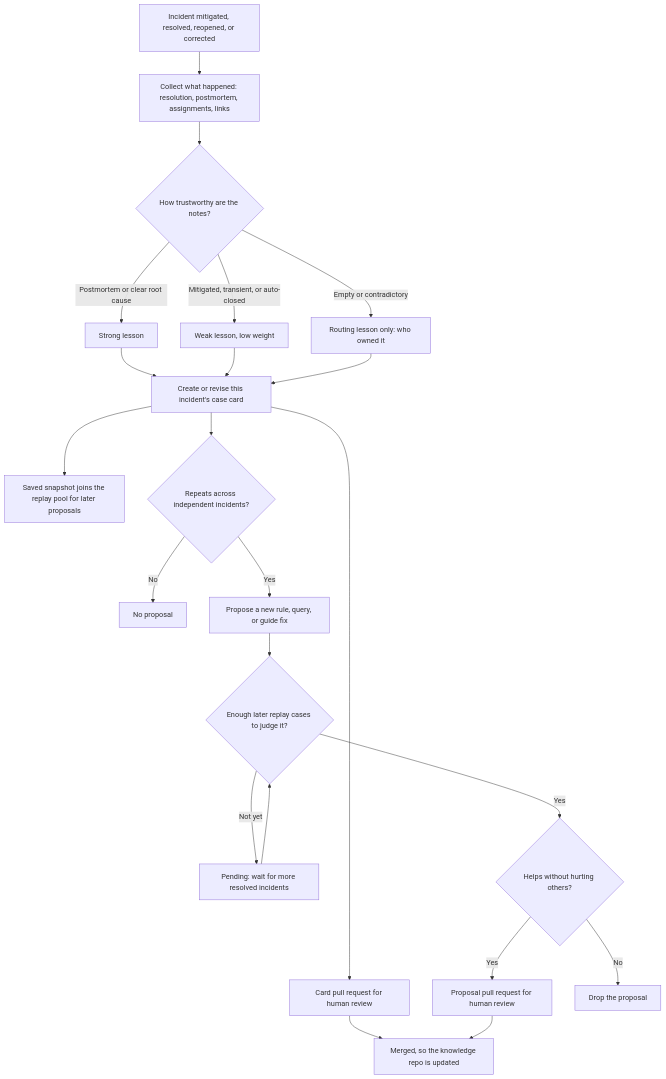
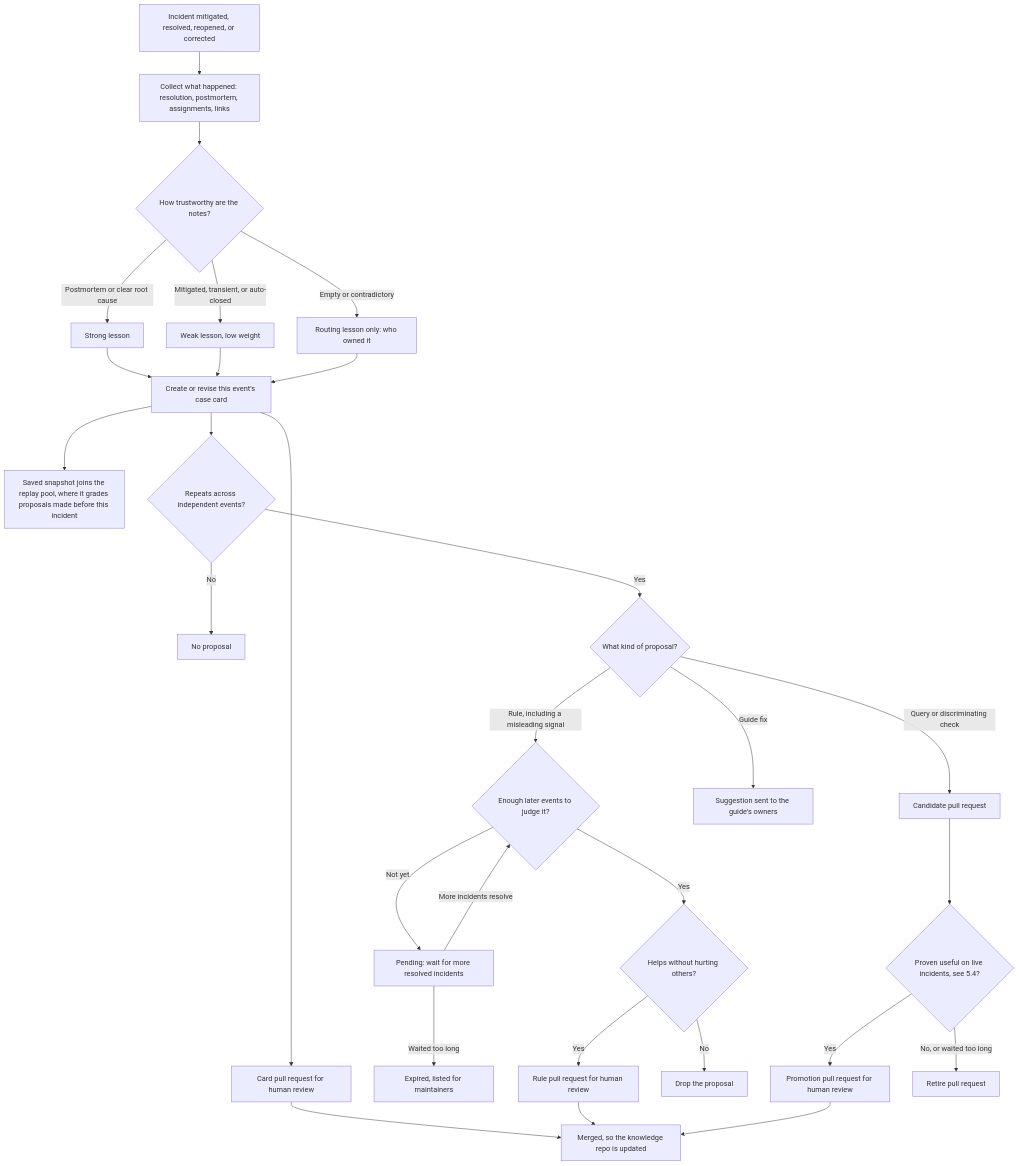
One commit to smisy/open-code-review changed the fourth of 7 diagrams in docs/design/icm-triage.md. Above: the diagram before and after it, drawn with Mermaid. The commit also changed other lines of this file, not shown here.

Commit message:
docs(design): tighten ICM triage learning gates and replay rules

````diff
--- a/docs/design/icm-triage.md
+++ b/docs/design/icm-triage.md
@@ -217,24 +217,31 @@
 ```mermaid
 flowchart TD
     A["Incident mitigated, resolved, reopened, or corrected"] --> B["Collect what happened: resolution, postmortem, assignments, links"]
     B --> C{"How trustworthy are the notes?"}
     C -- "Postmortem or clear root cause" --> D["Strong lesson"]
     C -- "Mitigated, transient, or auto-closed" --> E["Weak lesson, low weight"]
     C -- "Empty or contradictory" --> F["Routing lesson only: who owned it"]
-    D --> G["Create or revise this incident's case card"]
+    D --> G["Create or revise this event's case card"]
     E --> G
     F --> G
     G --> CP["Card pull request for human review"]
-    G --> J["Saved snapshot joins the replay pool for later proposals"]
-    G --> H{"Repeats across independent incidents?"}
+    G --> J["Saved snapshot joins the replay pool, where it grades proposals made before this incident"]
+    G --> H{"Repeats across independent events?"}
     H -- "No" --> X["No proposal"]
-    H -- "Yes" --> I["Propose a new rule, query, or guide fix"]
-    I --> K{"Enough later replay cases to judge it?"}
+    H -- "Yes" --> I{"What kind of proposal?"}
+    I -- "Rule, including a misleading signal" --> K{"Enough later events to judge it?"}
     K -- "Not yet" --> P["Pending: wait for more resolved incidents"]
-    P --> K
+    P -- "More incidents resolve" --> K
+    P -- "Waited too long" --> EX["Expired, listed for maintainers"]
     K -- "Yes" --> Q{"Helps without hurting others?"}
-    Q -- "Yes" --> L["Proposal pull request for human review"]
+    Q -- "Yes" --> L["Rule pull request for human review"]
     Q -- "No" --> M["Drop the proposal"]
+    I -- "Query or discriminating check" --> CQ["Candidate pull request"]
+    CQ --> FW{"Proven useful on live incidents, see 5.4?"}
+    FW -- "Yes" --> PQ["Promotion pull request for human review"]
+    FW -- "No, or waited too long" --> RT["Retire pull request"]
+    I -- "Guide fix" --> GF["Suggestion sent to the guide's owners"]
     CP --> N["Merged, so the knowledge repo is updated"]
     L --> N
+    PQ --> N
 ```
````
